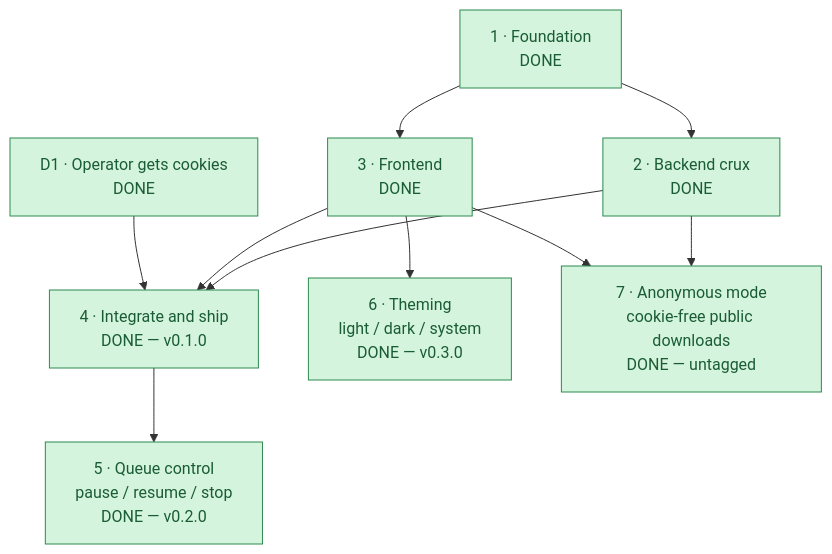
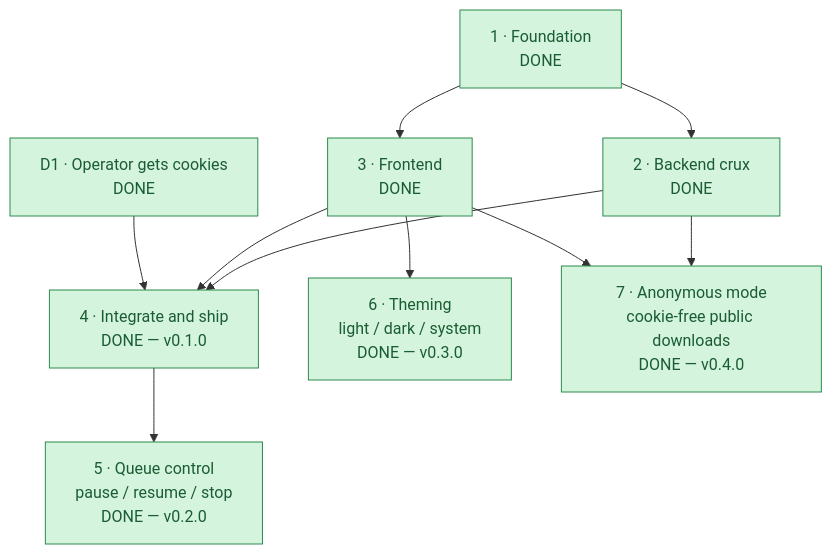
One commit to lumduan/gallery-dl-web changed the diagram in ROADMAP.md. Above: the diagram before and after it, drawn with Mermaid. The commit also changed other lines of this file and 6 other files, not shown here.

````diff
--- a/ROADMAP.md
+++ b/ROADMAP.md
@@ -8,25 +8,25 @@
 ```mermaid
 flowchart TD
     P1["1 · Foundation<br/>DONE"] --> P2["2 · Backend crux<br/>DONE"]
     P1 --> P3["3 · Frontend<br/>DONE"]
     P2 --> P4["4 · Integrate and ship<br/>DONE — v0.1.0"]
     P3 --> P4
     D1["D1 · Operator gets cookies<br/>DONE"] --> P4
     P4 --> P5["5 · Queue control<br/>pause / resume / stop<br/>DONE — v0.2.0"]
     P3 --> P6["6 · Theming<br/>light / dark / system<br/>DONE — v0.3.0"]
-    P2 --> P7["7 · Anonymous mode<br/>cookie-free public downloads<br/>DONE — untagged"]
+    P2 --> P7["7 · Anonymous mode<br/>cookie-free public downloads<br/>DONE — v0.4.0"]
     P3 --> P7
 
     classDef done     fill:#d4f4dd,stroke:#2d8a4e,color:#1a5c33
     classDef active   fill:#fff3cd,stroke:#cc9a06,color:#7a5c04
     classDef decision fill:#fde0e0,stroke:#d05555,color:#8f2e2e
 
     class P1 done
     class P2 done
     class P3 done
     class P4 done
     class P5 done
     class P6 done
     class D1 done
     class P7 done
 ```
````
